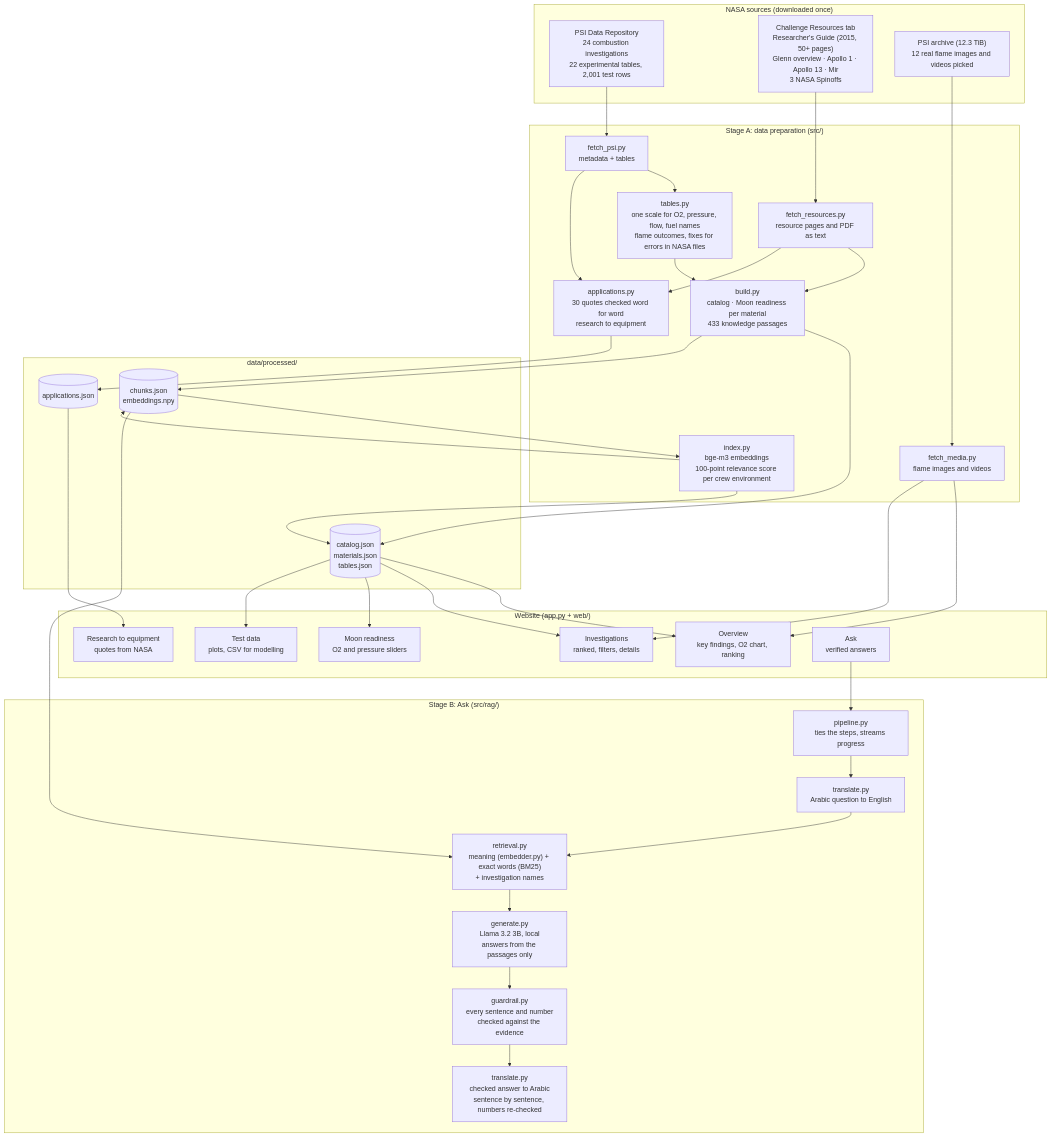
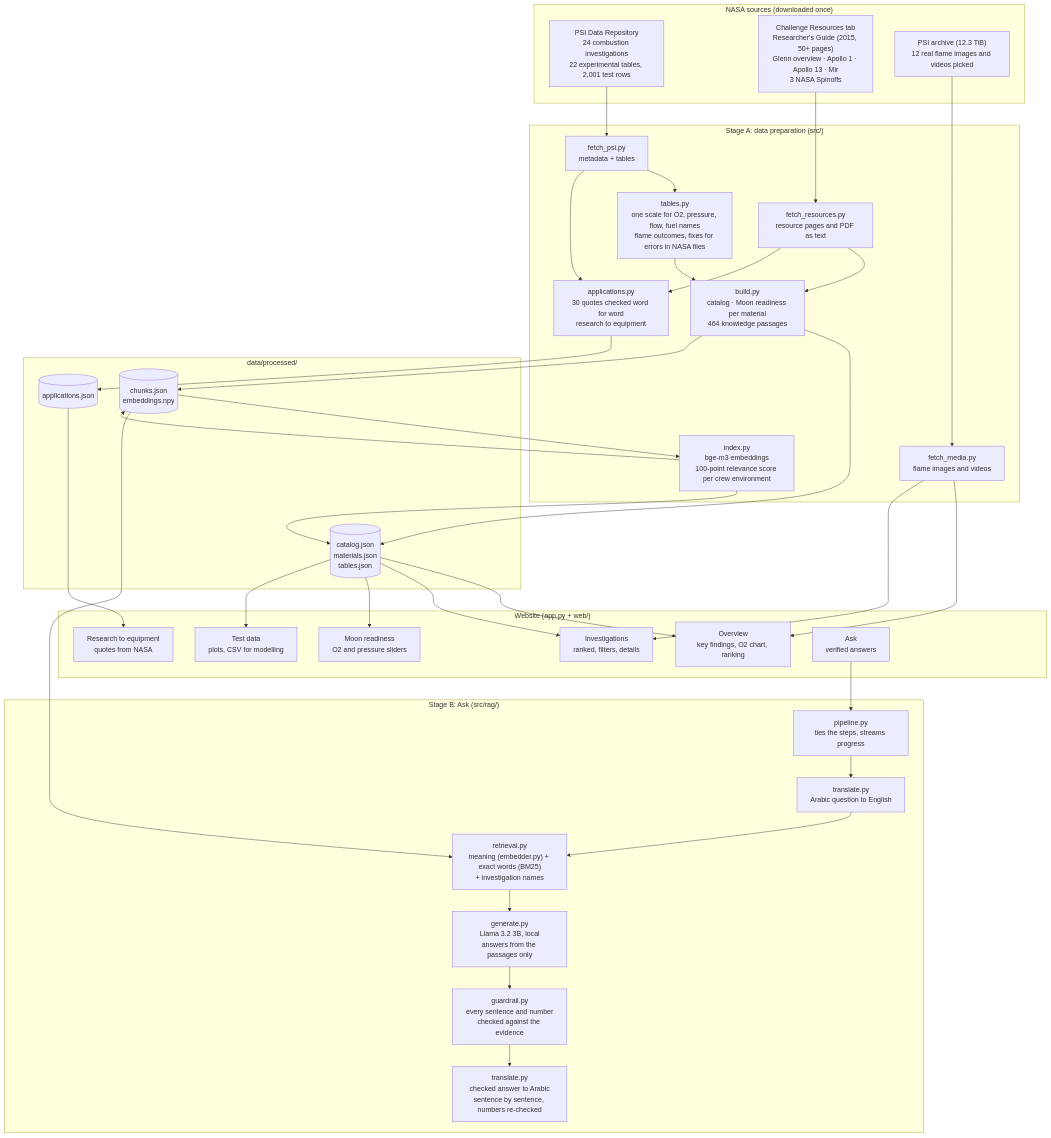
The first of 2 diagrams in ARCHITECTURE.md (mariadwaghrh/flame-in-freefall), drawn with Mermaid before and after one commit. The commit also changed other lines of this file and 9 other files, not shown here.

````diff
--- a/ARCHITECTURE.md
+++ b/ARCHITECTURE.md
@@ -9,58 +9,58 @@
 ```mermaid
 flowchart TB
     subgraph SRC["NASA sources (downloaded once)"]
         PSI["PSI Data Repository<br/>24 combustion investigations<br/>22 experimental tables, 2,001 test rows"]
         RES["Challenge Resources tab<br/>Researcher's Guide (2015, 50+ pages)<br/>Glenn overview · Apollo 1 · Apollo 13 · Mir<br/>3 NASA Spinoffs"]
         ARC["PSI archive (12.3 TiB)<br/>12 real flame images and videos picked"]
     end
 
     subgraph PREP["Stage A: data preparation (src/)"]
         F1["fetch_psi.py<br/>metadata + tables"]
         F2["fetch_resources.py<br/>resource pages and PDF as text"]
         F3["fetch_media.py<br/>flame images and videos"]
         T["tables.py<br/>one scale for O2, pressure, flow, fuel names<br/>flame outcomes, fixes for errors in NASA files"]
-        B["build.py<br/>catalog · Moon readiness per material<br/>433 knowledge passages"]
+        B["build.py<br/>catalog · Moon readiness per material<br/>464 knowledge passages"]
         A["applications.py<br/>30 quotes checked word for word<br/>research to equipment"]
         I["index.py<br/>bge-m3 embeddings<br/>100-point relevance score per crew environment"]
     end
 
     subgraph DATA["data/processed/"]
         CAT[("catalog.json<br/>materials.json<br/>tables.json")]
         CH[("chunks.json<br/>embeddings.npy")]
         APP[("applications.json")]
     end
 
     subgraph RAG["Stage B: Ask (src/rag/)"]
         TR1["translate.py<br/>Arabic question to English"]
         RET["retrieval.py<br/>meaning (embedder.py) + exact words (BM25)<br/>+ investigation names"]
         GEN["generate.py<br/>Llama 3.2 3B, local<br/>answers from the passages only"]
         GR["guardrail.py<br/>every sentence and number<br/>checked against the evidence"]
         TR2["translate.py<br/>checked answer to Arabic<br/>sentence by sentence, numbers re-checked"]
         PIPE["pipeline.py<br/>ties the steps, streams progress"]
     end
 
     subgraph WEB["Website (app.py + web/)"]
         V1["Overview<br/>key findings, O2 chart, ranking"]
         V2["Investigations<br/>ranked, filters, details"]
         V3["Moon readiness<br/>O2 and pressure sliders"]
         V4["Research to equipment<br/>quotes from NASA"]
         V5["Test data<br/>plots, CSV for modelling"]
         V6["Ask<br/>verified answers"]
     end
 
     PSI --> F1 --> T --> B
     RES --> F2 --> B
     ARC --> F3
     B --> CAT
     B --> CH
     CH --> I --> CH
     I --> CAT
     F1 --> A
     F2 --> A --> APP
     CAT --> V1 & V2 & V3 & V5
     APP --> V4
     F3 --> V1 & V2
     V6 --> PIPE
     PIPE --> TR1 --> RET --> GEN --> GR --> TR2
     CH --> RET
 ```
````
